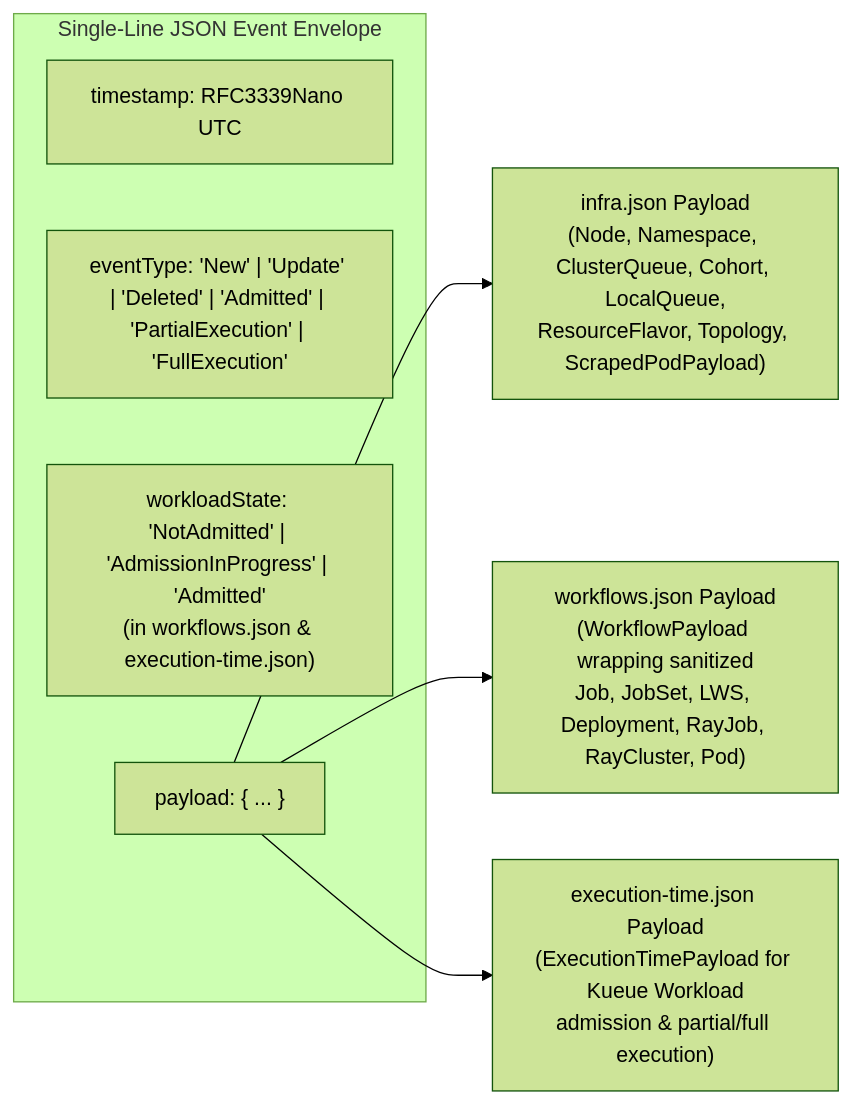
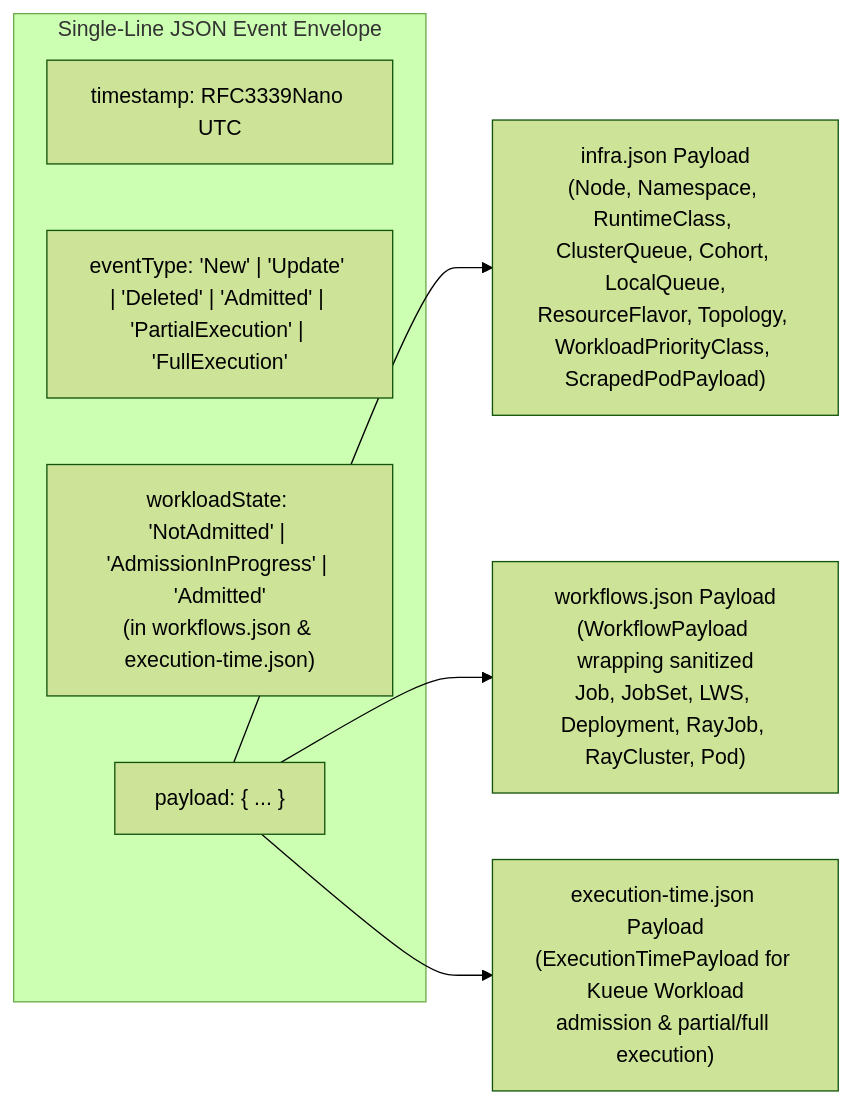
Before and after one commit to gke-labs/kueue-optimizer: the first of 3 diagrams in scraper/SCRAPER-SCHEMA.md, drawn with Mermaid (forest theme). The commit also changed other lines of this file and 5 other files, not shown here.

````diff
--- a/scraper/SCRAPER-SCHEMA.md
+++ b/scraper/SCRAPER-SCHEMA.md
@@ -78,12 +78,12 @@
 ```mermaid
 flowchart LR
     subgraph Envelope["Single-Line JSON Event Envelope"]
         TS["timestamp: RFC3339Nano UTC"]
         ET["eventType: 'New' | 'Update' | 'Deleted' | 'Admitted' | 'PartialExecution' | 'FullExecution'"]
         WS["workloadState: 'NotAdmitted' | 'AdmissionInProgress' | 'Admitted'\n(in workflows.json & execution-time.json)"]
         PL["payload: { ... }"]
     end
-    PL --> Infra["infra.json Payload\n(Node, Namespace, ClusterQueue, Cohort, LocalQueue,\nResourceFlavor, Topology, ScrapedPodPayload)"]
+    PL --> Infra["infra.json Payload\n(Node, Namespace, RuntimeClass, ClusterQueue, Cohort, LocalQueue,\nResourceFlavor, Topology, WorkloadPriorityClass, ScrapedPodPayload)"]
     PL --> Workflows["workflows.json Payload\n(WorkflowPayload wrapping sanitized\nJob, JobSet, LWS, Deployment, RayJob, RayCluster, Pod)"]
     PL --> ExecTime["execution-time.json Payload\n(ExecutionTimePayload for Kueue Workload\nadmission & partial/full execution)"]
 ```
````
